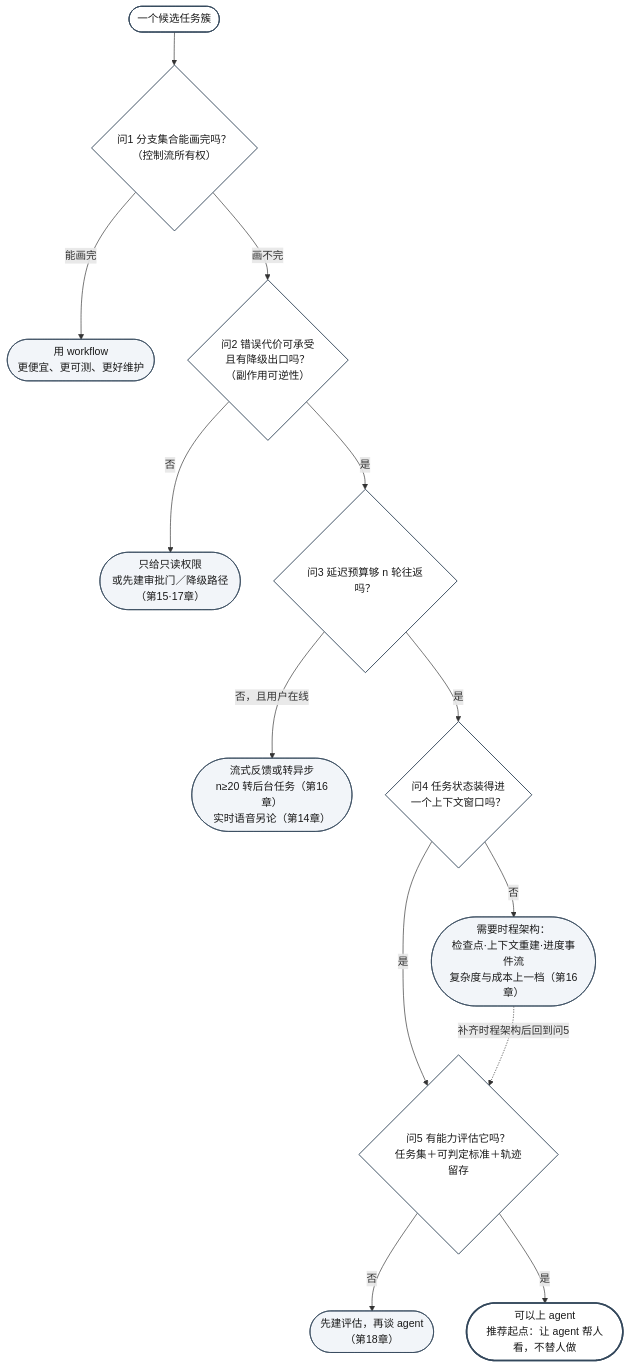
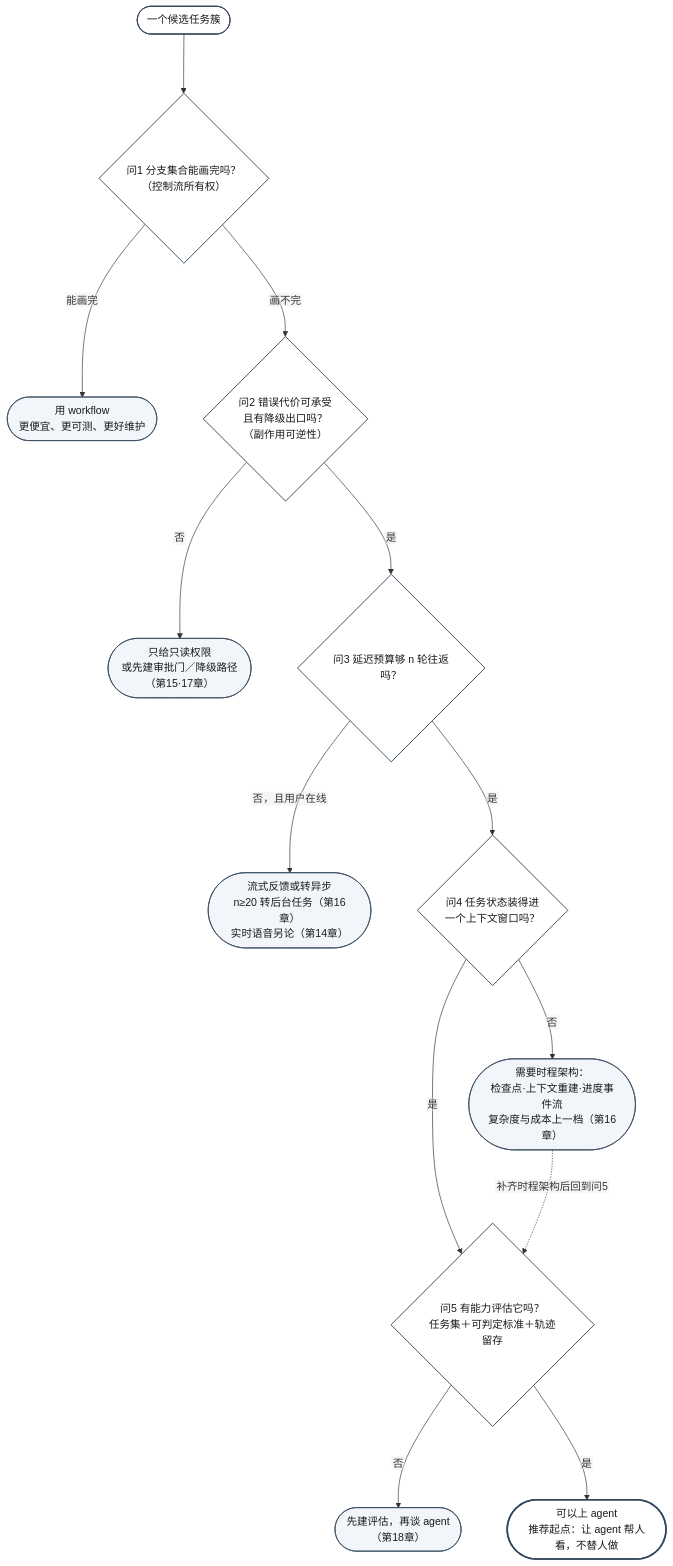
One commit to jeffery9/digital-apprentice changed the diagram in agentbook/图表/图1-3_agent判定决策树.mmd. Above: the diagram before and after it, drawn with Mermaid. The commit also changed 32739 other files, not shown here.

```diff
--- a/agentbook/图表/图1-3_agent判定决策树.mmd
+++ b/agentbook/图表/图1-3_agent判定决策树.mmd
@@ -1,27 +1,28 @@
 %% 图 1-3｜Agent 判定决策树（第 1 章）
 %% 导读：五问顺序即优先级——前两问安全性门禁，第三四问可行性门禁，第五问工程能力门禁。
+%%{init: {"flowchart": {"nodeSpacing": 70, "rankSpacing": 90, "padding": 18, "htmlLabels": false}}}%%
 flowchart TD
     START(["一个候选任务簇"]) --> Q1
     Q1{"问1 分支集合能画完吗？<br/>（控制流所有权）"}
     Q1 -- "能画完" --> WF(["用 workflow<br/>更便宜、更可测、更好维护"])
     Q1 -- "画不完" --> Q2
     Q2{"问2 错误代价可承受<br/>且有降级出口吗？<br/>（副作用可逆性）"}
     Q2 -- "否" --> RO(["只给只读权限<br/>或先建审批门／降级路径<br/>（第15·17章）"])
     Q2 -- "是" --> Q3
     Q3{"问3 延迟预算够 n 轮往返吗？"}
     Q3 -- "否，且用户在线" --> ASYNC(["流式反馈或转异步<br/>n≥20 转后台任务（第16章）<br/>实时语音另论（第14章）"])
     Q3 -- "是" --> Q4
     Q4{"问4 任务状态装得进<br/>一个上下文窗口吗？"}
     Q4 -- "否" --> HORIZON(["需要时程架构：<br/>检查点·上下文重建·进度事件流<br/>复杂度与成本上一档（第16章）"])
     Q4 -- "是" --> Q5
     Q5{"问5 有能力评估它吗？<br/>任务集＋可判定标准＋轨迹留存"}
     Q5 -- "否" --> EVAL(["先建评估，再谈 agent<br/>（第18章）"])
     Q5 -- "是" --> GO(["可以上 agent<br/>推荐起点：让 agent 帮人看，不替人做"])
     HORIZON -.->|"补齐时程架构后回到问5"| Q5
 
     classDef gate fill:#fff,stroke:#33475b,stroke-width:1.4px,color:#1a1a1a
     classDef stop fill:#f2f5f9,stroke:#33475b,stroke-width:1px,color:#1a1a1a
     classDef go fill:#fff,stroke:#33475b,stroke-width:2.4px,color:#1a1a1a
     class Q1,Q2,Q3,Q4,Q5,START gate
     class WF,RO,ASYNC,HORIZON,EVAL stop
     class GO go
```
